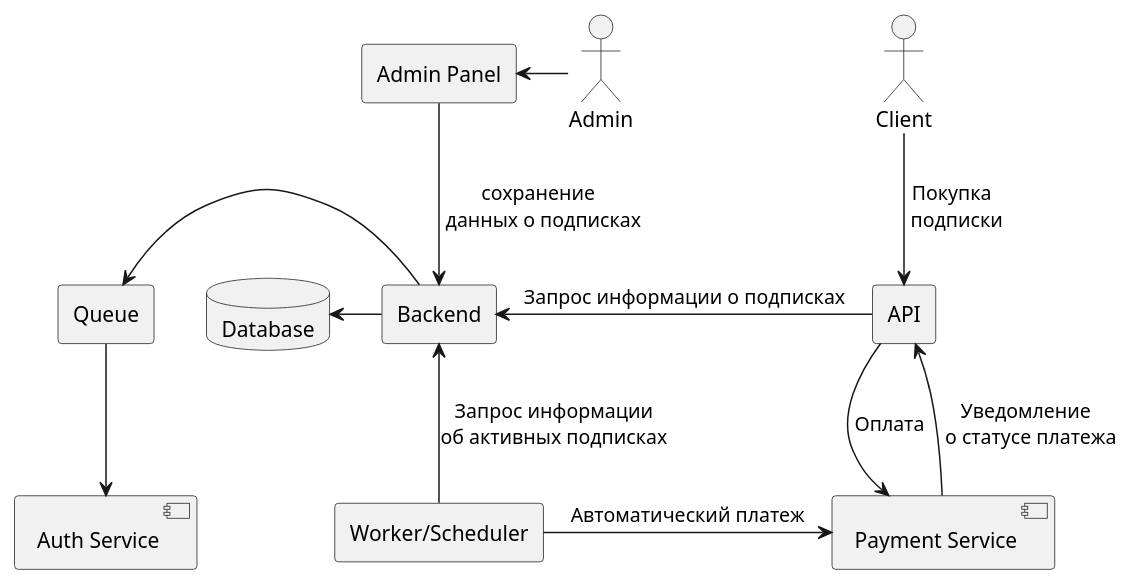
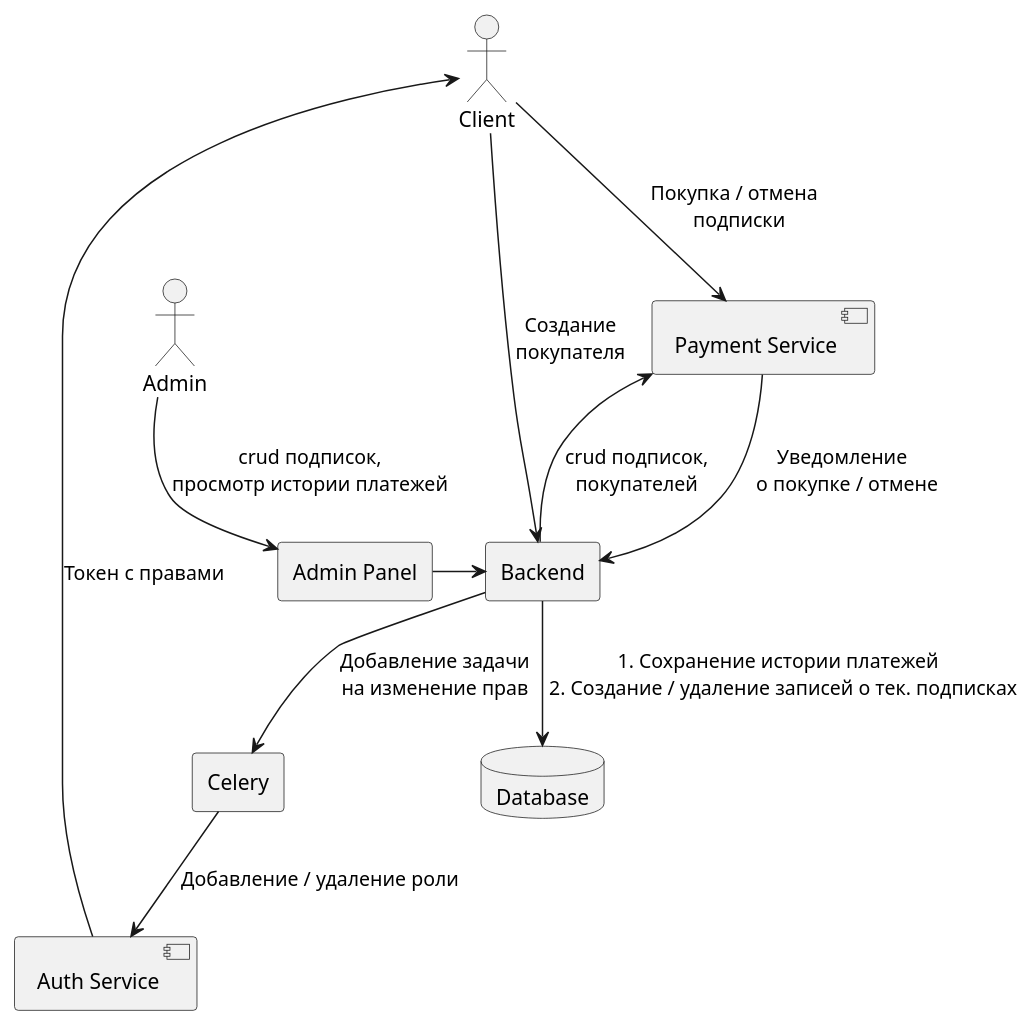
One commit to mikhail349/graduate_work changed the diagram in docs/schema.puml. Above: the diagram before and after it, drawn with PlantUML.

```diff
--- a/docs/schema.puml
+++ b/docs/schema.puml
@@ -1,26 +1,22 @@
 @startuml
 actor Client
 actor Admin
 rectangle "Admin Panel" as AdminPanel
 database "Database" as Database
-rectangle "API" as Api
-rectangle "Worker/Scheduler" as WorkerScheduler
 rectangle "Backend" as Backend
-rectangle "Queue" as Queue
+rectangle Celery
 component "Auth Service" as AuthService
 component "Payment Service" as PaymentService
 
+Client -down-> PaymentService : Покупка / отмена \n подписки
+Client --> Backend : Создание\nпокупателя
+PaymentService -down-> Backend : Уведомление \n о покупке / отмене
+Backend -down-> Database : 1. Сохранение истории платежей \n 2. Создание / удаление записей о тек. подписках
+Backend -up-> PaymentService : crud подписок,\nпокупателей
+Admin -down-> AdminPanel : crud подписок,\nпросмотр истории платежей
+AdminPanel -right-> Backend
+Backend -down-> Celery : Добавление задачи\nна изменение прав
+Celery -down-> AuthService : Добавление / удаление роли
+AuthService -up-> Client : Токен с правами
 
-Admin -left-> AdminPanel
-AdminPanel -down-> Backend: сохранение \n данных о подписках
-Client -down-> Api : Покупка \n подписки
-WorkerScheduler -up-> Backend : Запрос информации\nоб активных подписках
-WorkerScheduler -> PaymentService : Автоматический платеж
-Backend -left-> Database
-Backend -left-> Queue
-Queue --> AuthService
-
-Api -down-> PaymentService : Оплата
-PaymentService -up-> Api : Уведомление \n о статусе платежа
-Api -left-> Backend : Запрос информации о подписках
 @enduml
```
